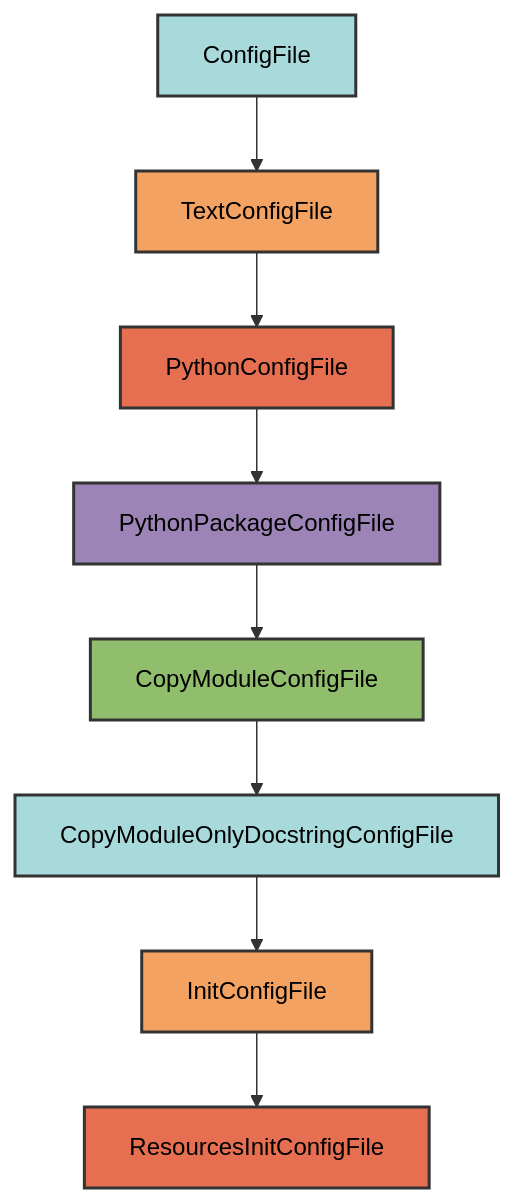
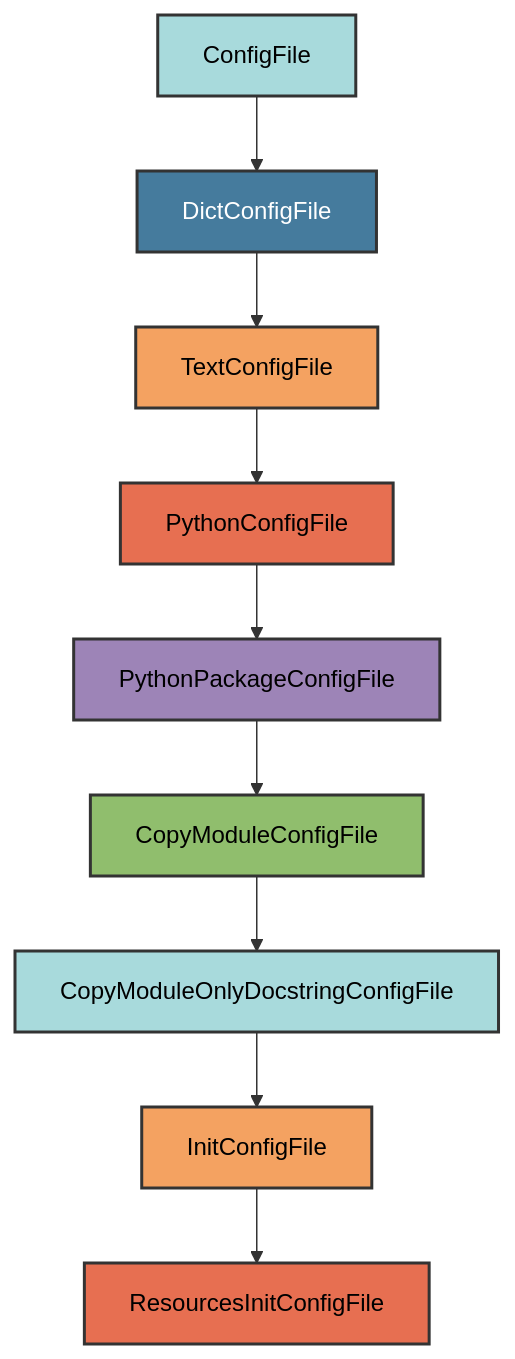
One commit to Winipedia/pyrig changed the diagram in docs/configs/resources_init.md. Above: the diagram before and after it, drawn with Mermaid. The commit also changed other lines of this file and 21 other files, not shown here.

````diff
--- a/docs/configs/resources_init.md
+++ b/docs/configs/resources_init.md
@@ -17,19 +17,21 @@
 ```mermaid
 graph TD
-    A[ConfigFile] --> B[TextConfigFile]
-    B --> C[PythonConfigFile]
-    C --> D[PythonPackageConfigFile]
-    D --> E[CopyModuleConfigFile]
-    E --> F[CopyModuleOnlyDocstringConfigFile]
-    F --> G[InitConfigFile]
-    G --> H[ResourcesInitConfigFile]
+    A[ConfigFile] --> B[DictConfigFile]
+    B --> C[TextConfigFile]
+    C --> D[PythonConfigFile]
+    D --> E[PythonPackageConfigFile]
+    E --> F[CopyModuleConfigFile]
+    F --> G[CopyModuleOnlyDocstringConfigFile]
+    G --> H[InitConfigFile]
+    H --> I[ResourcesInitConfigFile]
 
     style A fill:#a8dadc,stroke:#333,stroke-width:2px,color:#000
-    style B fill:#f4a261,stroke:#333,stroke-width:2px,color:#000
-    style C fill:#e76f51,stroke:#333,stroke-width:2px,color:#000
-    style D fill:#9d84b7,stroke:#333,stroke-width:2px,color:#000
-    style E fill:#90be6d,stroke:#333,stroke-width:2px,color:#000
-    style F fill:#a8dadc,stroke:#333,stroke-width:2px,color:#000
-    style G fill:#f4a261,stroke:#333,stroke-width:2px,color:#000
-    style H fill:#e76f51,stroke:#333,stroke-width:2px,color:#000
+    style B fill:#457b9d,stroke:#333,stroke-width:2px,color:#fff
+    style C fill:#f4a261,stroke:#333,stroke-width:2px,color:#000
+    style D fill:#e76f51,stroke:#333,stroke-width:2px,color:#000
+    style E fill:#9d84b7,stroke:#333,stroke-width:2px,color:#000
+    style F fill:#90be6d,stroke:#333,stroke-width:2px,color:#000
+    style G fill:#a8dadc,stroke:#333,stroke-width:2px,color:#000
+    style H fill:#f4a261,stroke:#333,stroke-width:2px,color:#000
+    style I fill:#e76f51,stroke:#333,stroke-width:2px,color:#000
 ```
````
